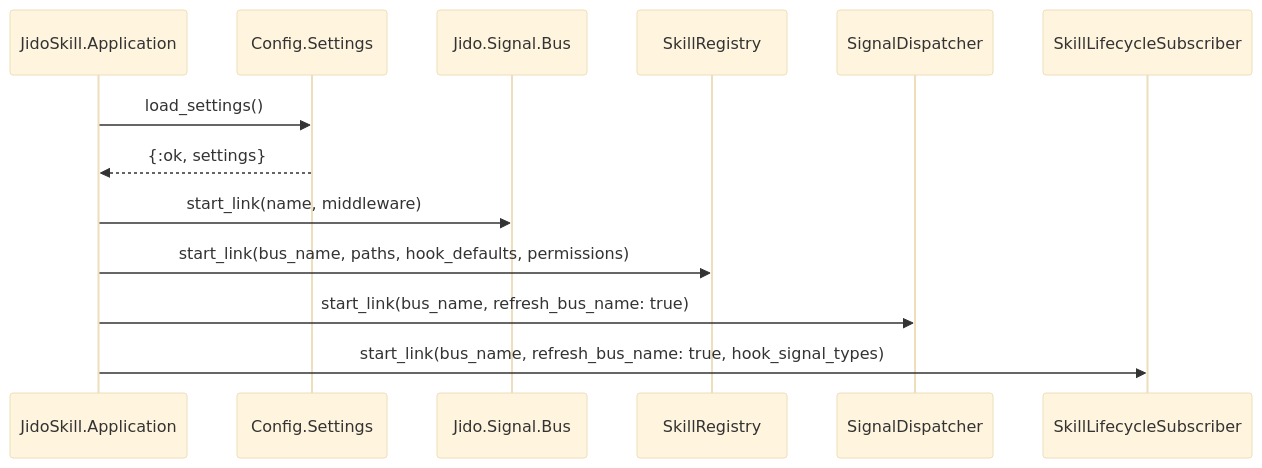
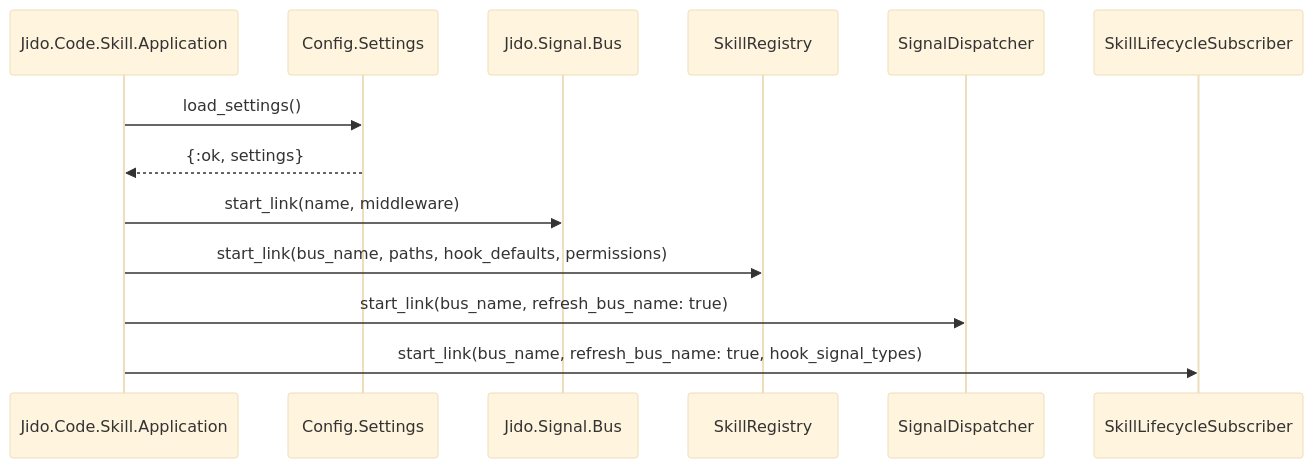
One commit to pcharbon70/jido_skill changed the second of 2 diagrams in docs/developer/architecture-overview.md. Above: the diagram before and after it, drawn with Mermaid (base theme). The commit also changed other lines of this file and 34 other files, not shown here.

Commit message:
Rename top-level namespace to Jido.Code.Skill

````diff
--- a/docs/developer/architecture-overview.md
+++ b/docs/developer/architecture-overview.md
@@ -33,16 +33,16 @@
 ```mermaid
 sequenceDiagram
-  participant App as JidoSkill.Application
+  participant App as Jido.Code.Skill.Application
   participant Settings as Config.Settings
   participant Bus as Jido.Signal.Bus
   participant Registry as SkillRegistry
   participant Dispatcher as SignalDispatcher
   participant Lifecycle as SkillLifecycleSubscriber
 
   App->>Settings: load_settings()
   Settings-->>App: {:ok, settings}
   App->>Bus: start_link(name, middleware)
   App->>Registry: start_link(bus_name, paths, hook_defaults, permissions)
   App->>Dispatcher: start_link(bus_name, refresh_bus_name: true)
   App->>Lifecycle: start_link(bus_name, refresh_bus_name: true, hook_signal_types)
 ```
````
